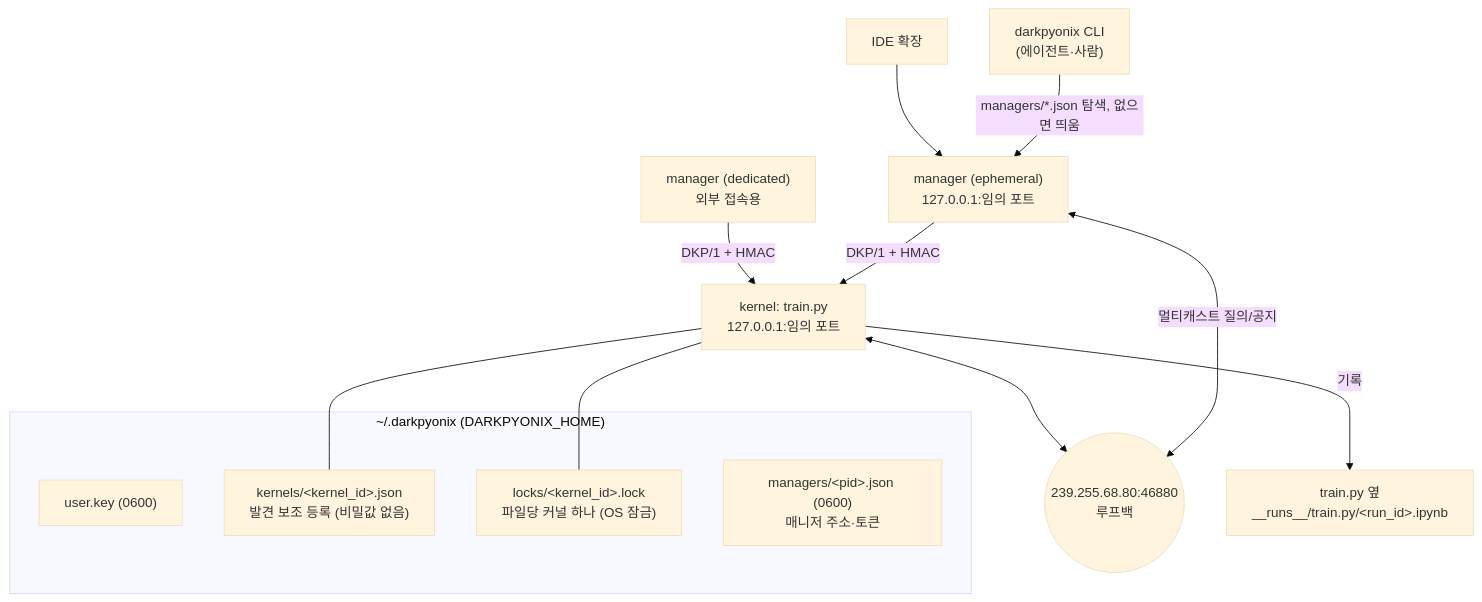
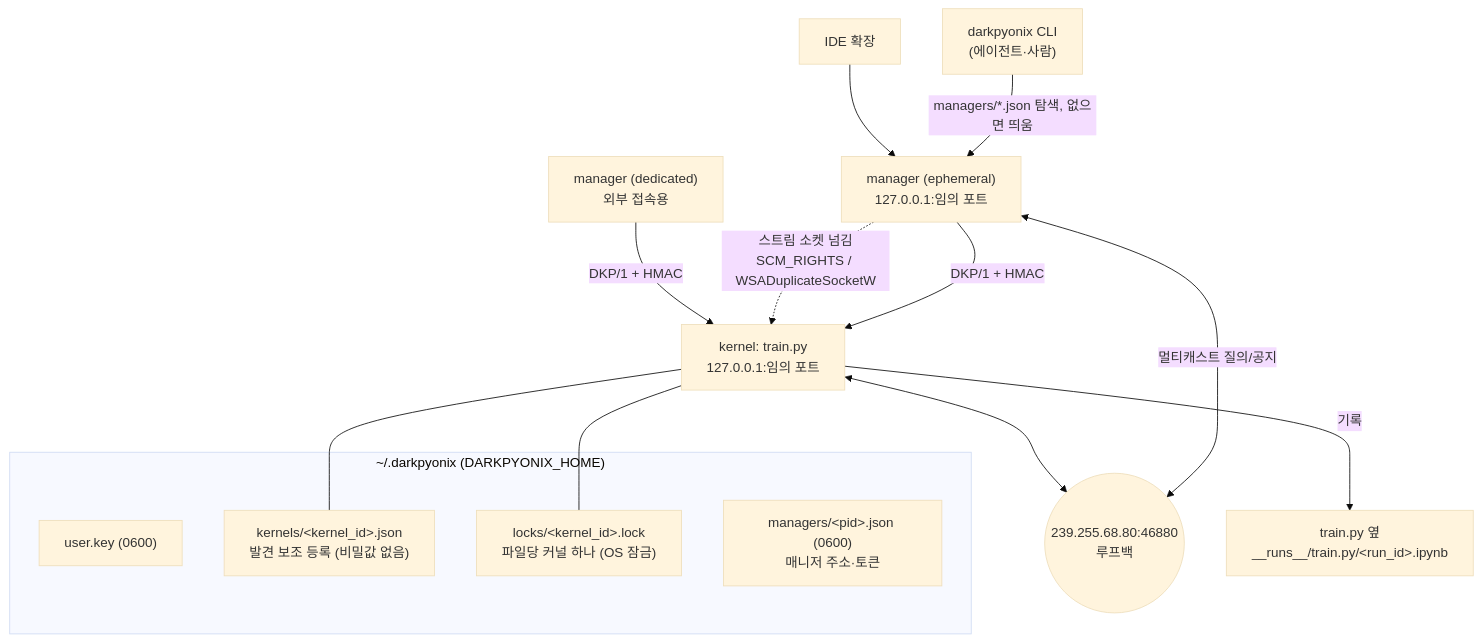
Before and after one commit to DarkPyonix/darkpyonix: the second of 6 diagrams in docs/ARCHITECTURE.md, drawn with Mermaid (base theme). The commit also changed other lines of this file and 5 other files, not shown here.

````diff
--- a/docs/ARCHITECTURE.md
+++ b/docs/ARCHITECTURE.md
@@ -64,21 +64,22 @@
 ```mermaid
 flowchart TB
   subgraph Home["~/.darkpyonix  (DARKPYONIX_HOME)"]
     KEY["user.key (0600)"]
     REG["kernels/&lt;kernel_id&gt;.json<br/>발견 보조 등록 (비밀값 없음)"]
     LOCK["locks/&lt;kernel_id&gt;.lock<br/>파일당 커널 하나 (OS 잠금)"]
     MAN["managers/&lt;pid&gt;.json (0600)<br/>매니저 주소·토큰"]
   end
 
   CLI["darkpyonix CLI<br/>(에이전트·사람)"] -->|managers/*.json 탐색, 없으면 띄움| M1
   IDE2["IDE 확장"] --> M1
   M1["manager (ephemeral)<br/>127.0.0.1:임의 포트"]
   M2["manager (dedicated)<br/>외부 접속용"]
   M1 -->|DKP/1 + HMAC| K["kernel: train.py<br/>127.0.0.1:임의 포트"]
+  M1 -.->|스트림 소켓 넘김<br/>SCM_RIGHTS / WSADuplicateSocketW| K
   M2 -->|DKP/1 + HMAC| K
   M1 <-->|멀티캐스트 질의/공지| MC(("239.255.68.80:46880<br/>루프백"))
   K <--> MC
   K --- LOCK
   K --- REG
   K -->|기록| RUNS["train.py 옆<br/>__runs__/train.py/&lt;run_id&gt;.ipynb"]
 ```
````
